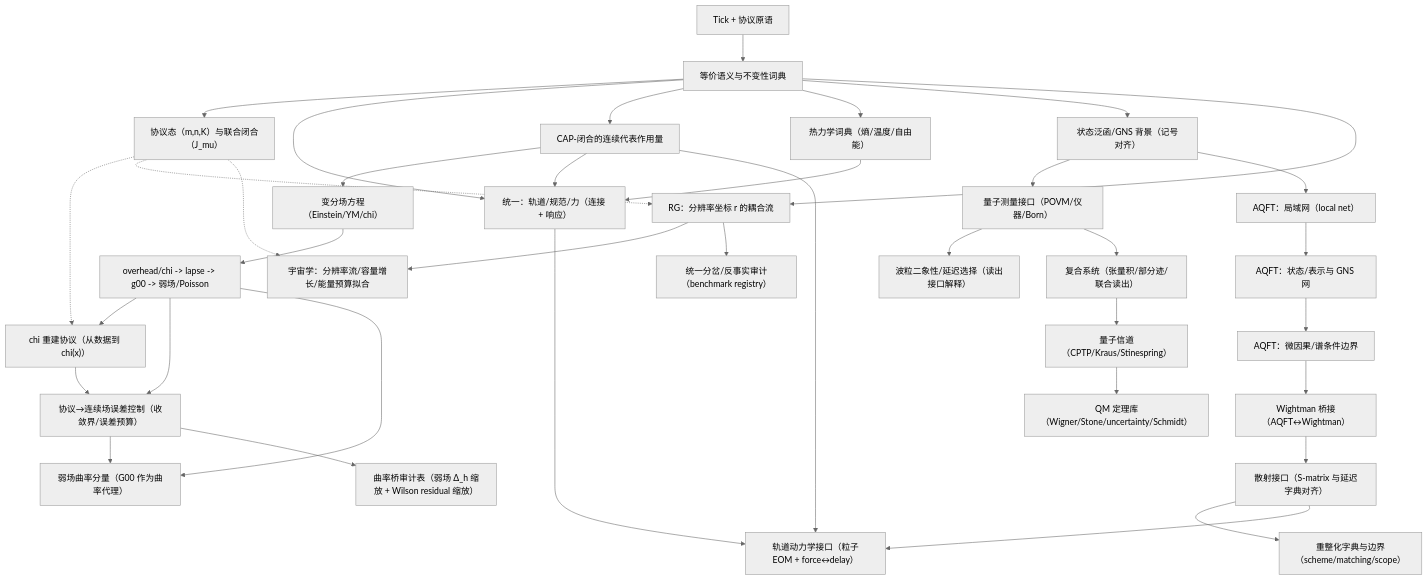
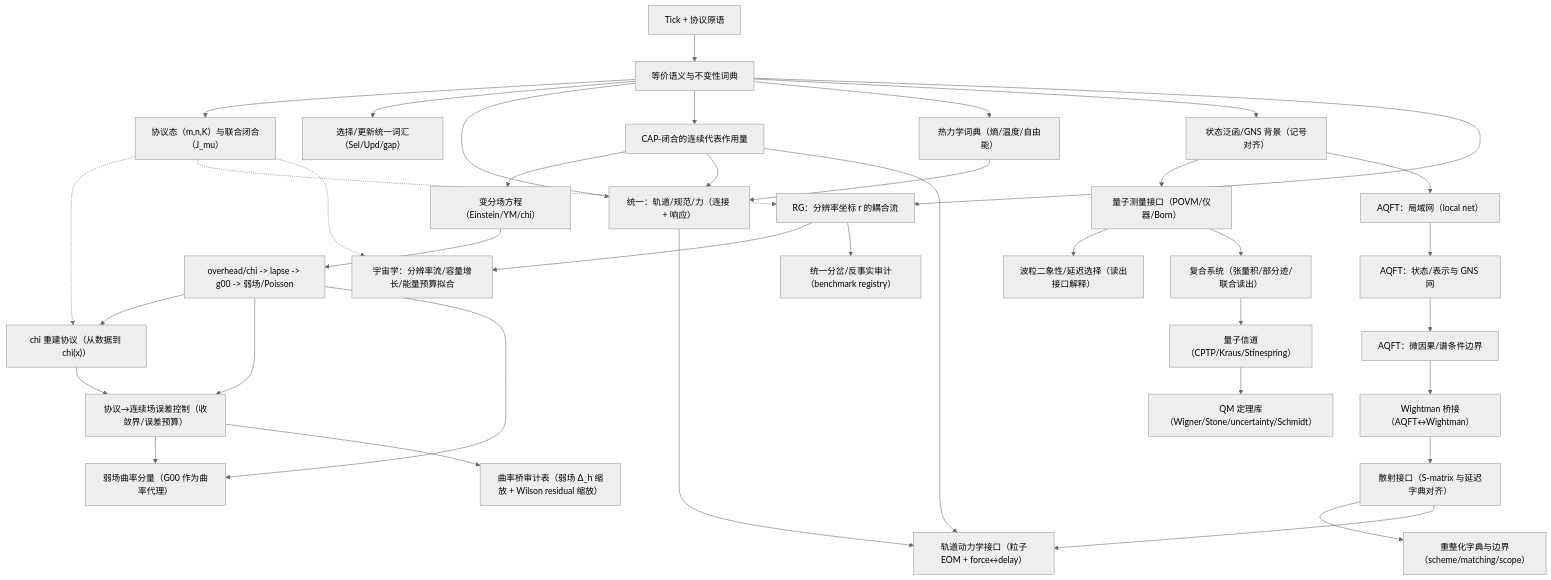
Before and after one commit to loning/the-omega: the first of 2 diagrams in docs/papers/2025_z128_standard_model_stable_sector_hpa_omega/theory_closure_tracker.md, drawn with Mermaid (neutral theme). The commit also changed other lines of this file and 1 other file, not shown here.

First line of the commit message:
Enhance architecture and theory documentation with new selection/update vocabulary

````diff
--- a/docs/papers/2025_z128_standard_model_stable_sector_hpa_omega/theory_closure_tracker.md
+++ b/docs/papers/2025_z128_standard_model_stable_sector_hpa_omega/theory_closure_tracker.md
@@ -51,41 +51,42 @@
 ```mermaid
 flowchart TD
   A["Tick + 协议原语"] --> B["等价语义与不变性词典"]
   B --> PS["协议态（m,n,K）与联合闭合（J_mu）"]
+  B --> SU["选择/更新统一词汇（Sel/Upd/gap）"]
   B --> U["统一：轨道/规范/力（连接 + 响应）"]
   B --> C["CAP-闭合的连续代表作用量"]
   C --> D["变分场方程（Einstein/YM/chi）"]
   B --> E["热力学词典（熵/温度/自由能）"]
   C --> U
   E --> U
   U --> U2["轨道动力学接口（粒子EOM + force↔delay）"]
   C --> U2
   D --> F["overhead/chi -> lapse -> g00 -> 弱场/Poisson"]
   F --> G["chi 重建协议（从数据到 chi(x)）"]
   G --> K["协议→连续场误差控制（收敛界/误差预算）"]
   F --> K
   F --> L["弱场曲率分量（G00 作为曲率代理）"]
   K --> L
   K --> T["曲率桥审计表（弱场 Δ_h 缩放 + Wilson residual 缩放）"]
   B --> H0["状态泛函/GNS 背景（记号对齐）"]
   H0 --> H["量子测量接口（POVM/仪器/Born）"]
   H --> H2["波粒二象性/延迟选择（读出接口解释）"]
   H --> H3["复合系统（张量积/部分迹/联合读出）"]
   H3 --> H4["量子信道（CPTP/Kraus/Stinespring）"]
   H4 --> H5["QM 定理库（Wigner/Stone/uncertainty/Schmidt）"]
   H0 --> Q1["AQFT：局域网（local net）"]
   Q1 --> Q2["AQFT：状态/表示与 GNS 网"]
   Q2 --> Q3["AQFT：微因果/谱条件边界"]
   Q3 --> Q4["Wightman 桥接（AQFT↔Wightman）"]
   Q4 --> Q5["散射接口（S-matrix 与延迟字典对齐）"]
   Q5 --> Q6["重整化字典与边界（scheme/matching/scope）"]
   Q5 --> U2
   B --> I["RG：分辨率坐标 r 的耦合流"]
   I --> J["宇宙学：分辨率流/容量增长/能量预算拟合"]
   I --> U3["统一分岔/反事实审计（benchmark registry）"]
 
   %% protocol-state convention touches multiple interface modules
   PS -.-> G
   PS -.-> I
   PS -.-> J
 ```
````
